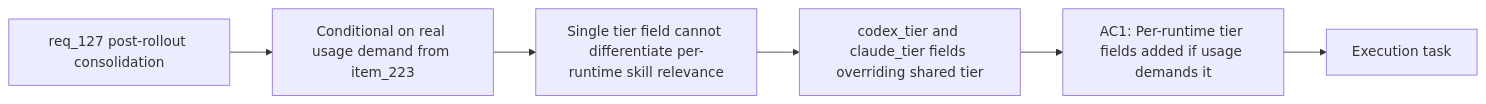
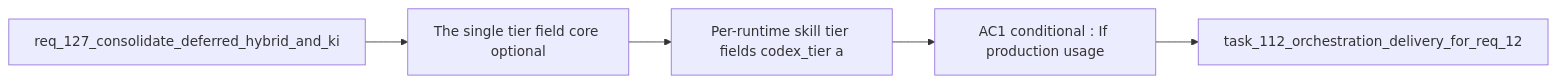
Before and after one commit to AlexAgo83/logics-manager: the diagram in logics/backlog/item_232_per_runtime_skill_tier_fields_codex_tier_and_claude_tier_if_usage_demands_it.md, drawn with Mermaid. The commit also changed other lines of this file and 481 other files, not shown here.

````diff
--- a/logics/backlog/item_232_per_runtime_skill_tier_fields_codex_tier_and_claude_tier_if_usage_demands_it.md
+++ b/logics/backlog/item_232_per_runtime_skill_tier_fields_codex_tier_and_claude_tier_if_usage_demands_it.md
@@ -24,10 +24,9 @@
 ```mermaid
 %% logics-kind: backlog
 %% logics-signature: backlog|per-runtime-skill-tier-fields-codex-tier|req-127-consolidate-deferred-hybrid-and-|the-single-tier-field-core-optional|ac1-conditional-if-production-usage
 flowchart LR
-    Request[req_127 post-rollout consolidation] --> Condition[Conditional on real usage demand from item_223]
-    Condition --> Problem[Single tier field cannot differentiate per-runtime skill relevance]
-    Problem --> Scope[codex_tier and claude_tier fields overriding shared tier]
-    Scope --> AC1[AC1: Per-runtime tier fields added if usage demands it]
-    AC1 --> Tasks[Execution task]
+    Request[req_127_consolidate_deferred_hybrid_and_ki] --> Problem[The single tier field core optional]
+    Problem --> Scope[Per-runtime skill tier fields codex_tier a]
+    Scope --> Acceptance[AC1 conditional : If production usage]
+    Acceptance --> Tasks[task_112_orchestration_delivery_for_req_12]
 ```
````
